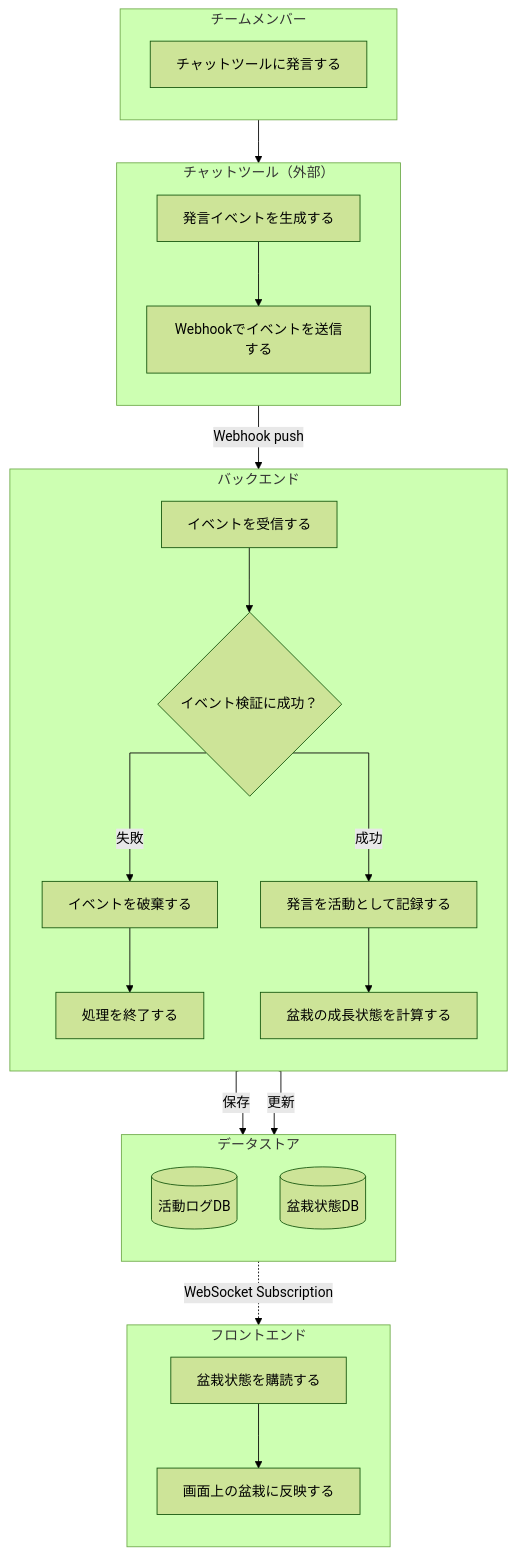
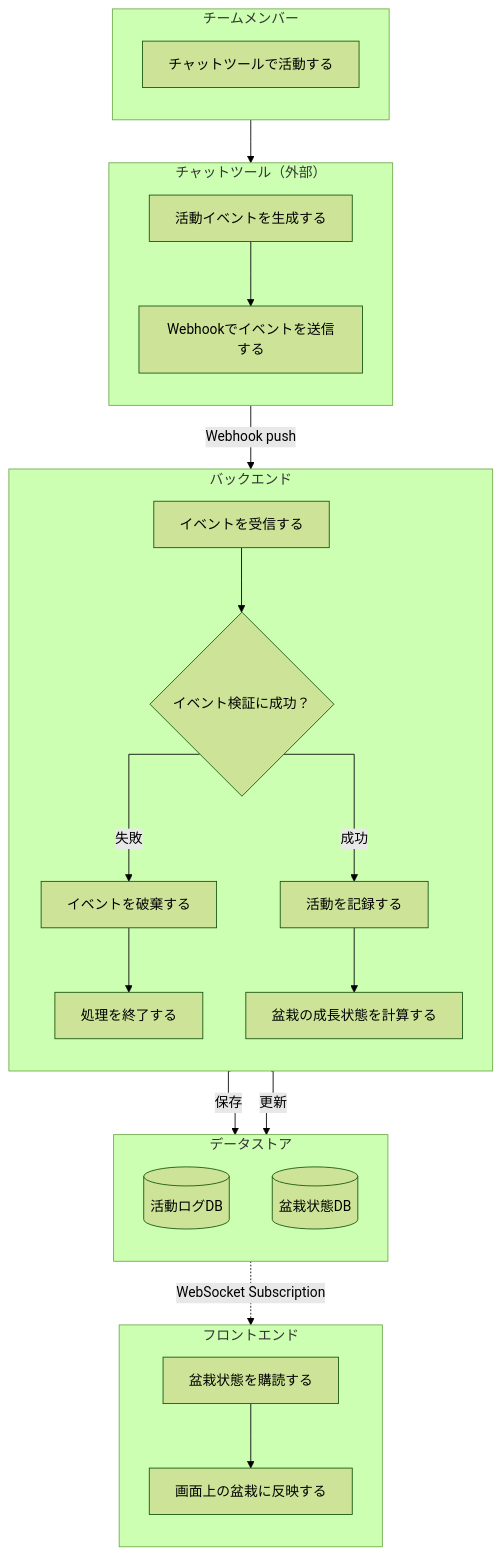
Before and after one commit to katsudon08/tamamori: the first of 2 diagrams in docs/requirement.md, drawn with Mermaid (forest theme). The commit also changed other lines of this file, not shown here.

````diff
--- a/docs/requirement.md
+++ b/docs/requirement.md
@@ -25,49 +25,49 @@
 ```mermaid
 %%{init: {"flowchart": {"curve": "stepAfter"}}}%%
 flowchart TD
     subgraph Team["チームメンバー"]
         direction TB
-        UserPost["チャットツールに発言する"]
+        UserPost["チャットツールで活動する"]
     end
 
     subgraph Chat["チャットツール（外部）"]
         direction TB
-        ChatEvent["発言イベントを生成する"]
+        ChatEvent["活動イベントを生成する"]
         WebhookPush["Webhookでイベントを送信する"]
     end
 
     subgraph Backend["バックエンド"]
         direction TB
         Receive["イベントを受信する"]
         Validate{"イベント検証に成功？"}
         Reject["イベントを破棄する"]
         Finish["処理を終了する"]
-        Record["発言を活動として記録する"]
+        Record["活動を記録する"]
         Growth["盆栽の成長状態を計算する"]
     end
 
     subgraph Store["データストア"]
         direction TB
         ActivityDb[("活動ログDB")]
         BonsaiDb[("盆栽状態DB")]
     end
 
     subgraph Frontend["フロントエンド"]
         direction TB
         FetchState["盆栽状態を購読する"]
         Render["画面上の盆栽に反映する"]
     end
 
     UserPost --> ChatEvent
     ChatEvent --> WebhookPush
     WebhookPush -->|Webhook push| Receive
     Receive --> Validate
     Validate -->|失敗| Reject
     Reject --> Finish
     Validate -->|成功| Record
     Record --> Growth
     Record -->|保存| ActivityDb
     Growth -->|更新| BonsaiDb
     BonsaiDb -.->|WebSocket Subscription| FetchState
     FetchState --> Render
 ```
````
